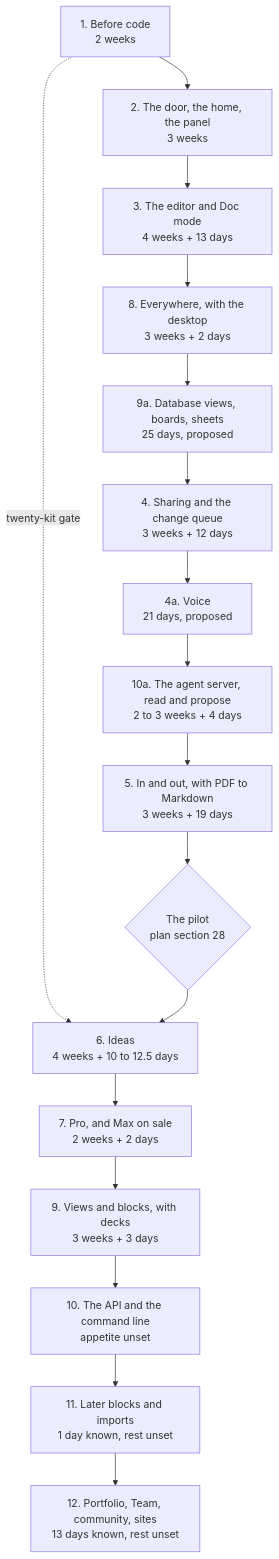
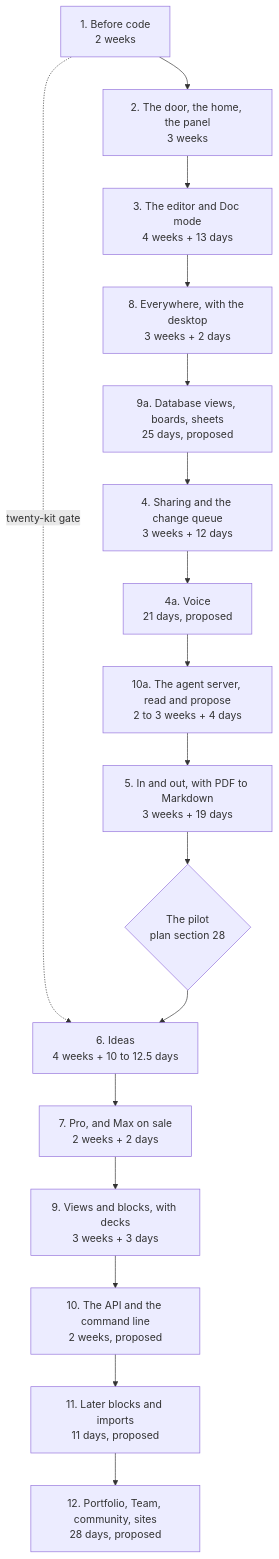
The diagram in docs/pack/50-ROADMAP.md (studiozephyrus/frontmatter), drawn with Mermaid before and after one commit. The commit also changed other lines of this file and 10 other files, not shown here.

First line of the commit message:
pack: second pass on sheets, boards, platform and roadmap; calendar put to the founder

````diff
--- a/docs/pack/50-ROADMAP.md
+++ b/docs/pack/50-ROADMAP.md
@@ -72,19 +76,19 @@
 ```mermaid
 graph TD
   B1["1. Before code<br/>2 weeks"] --> B2["2. The door, the home, the panel<br/>3 weeks"]
   B2 --> B3["3. The editor and Doc mode<br/>4 weeks + 13 days"]
   B3 --> B8["8. Everywhere, with the desktop<br/>3 weeks + 2 days"]
   B8 --> B9a["9a. Database views, boards, sheets<br/>25 days, proposed"]
   B9a --> B4["4. Sharing and the change queue<br/>3 weeks + 12 days"]
   B4 --> B4a["4a. Voice<br/>21 days, proposed"]
   B4a --> B10a["10a. The agent server, read and propose<br/>2 to 3 weeks + 4 days"]
   B10a --> B5["5. In and out, with PDF to Markdown<br/>3 weeks + 19 days"]
   B5 --> P{"The pilot<br/>plan section 28"}
   B1 -. "twenty-kit gate" .-> B6
   P --> B6["6. Ideas<br/>4 weeks + 10 to 12.5 days"]
   B6 --> B7["7. Pro, and Max on sale<br/>2 weeks + 2 days"]
   B7 --> B9["9. Views and blocks, with decks<br/>3 weeks + 3 days"]
-  B9 --> B10["10. The API and the command line<br/>appetite unset"]
-  B10 --> B11["11. Later blocks and imports<br/>1 day known, rest unset"]
-  B11 --> B12["12. Portfolio, Team, community, sites<br/>13 days known, rest unset"]
+  B9 --> B10["10. The API and the command line<br/>2 weeks, proposed"]
+  B10 --> B11["11. Later blocks and imports<br/>11 days, proposed"]
+  B11 --> B12["12. Portfolio, Team, community, sites<br/>28 days, proposed"]
 ```
````
